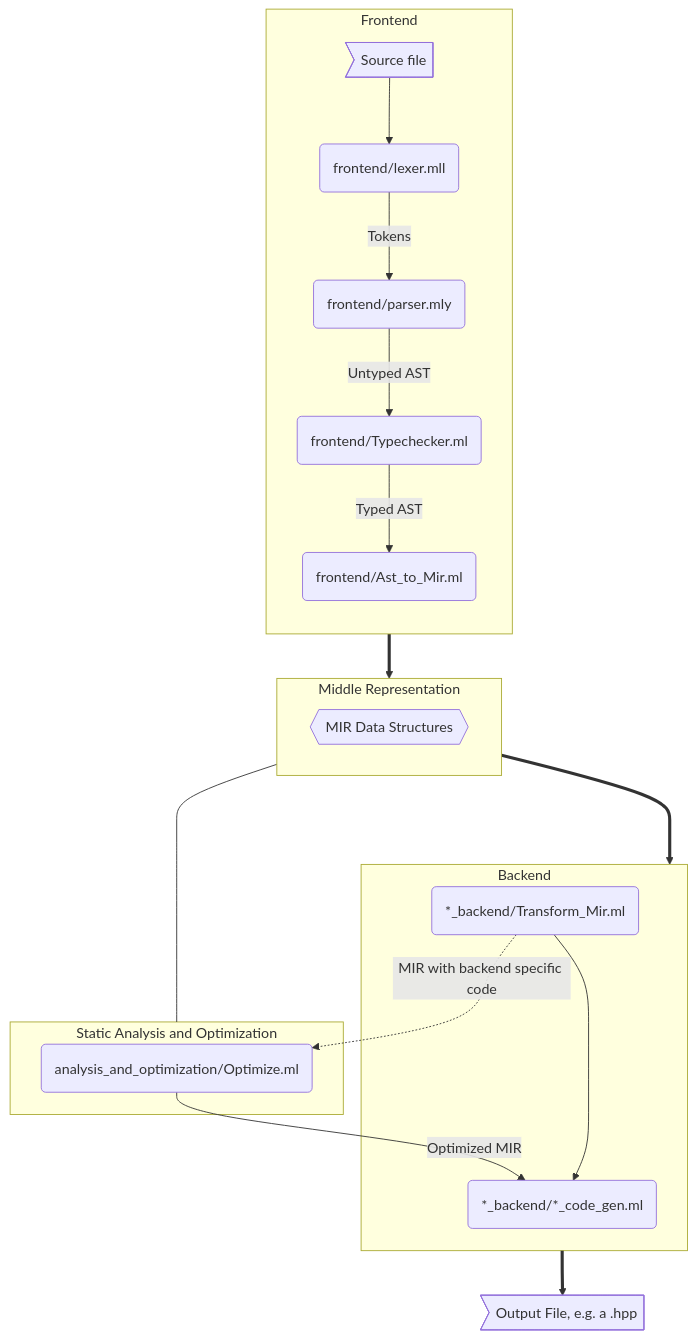
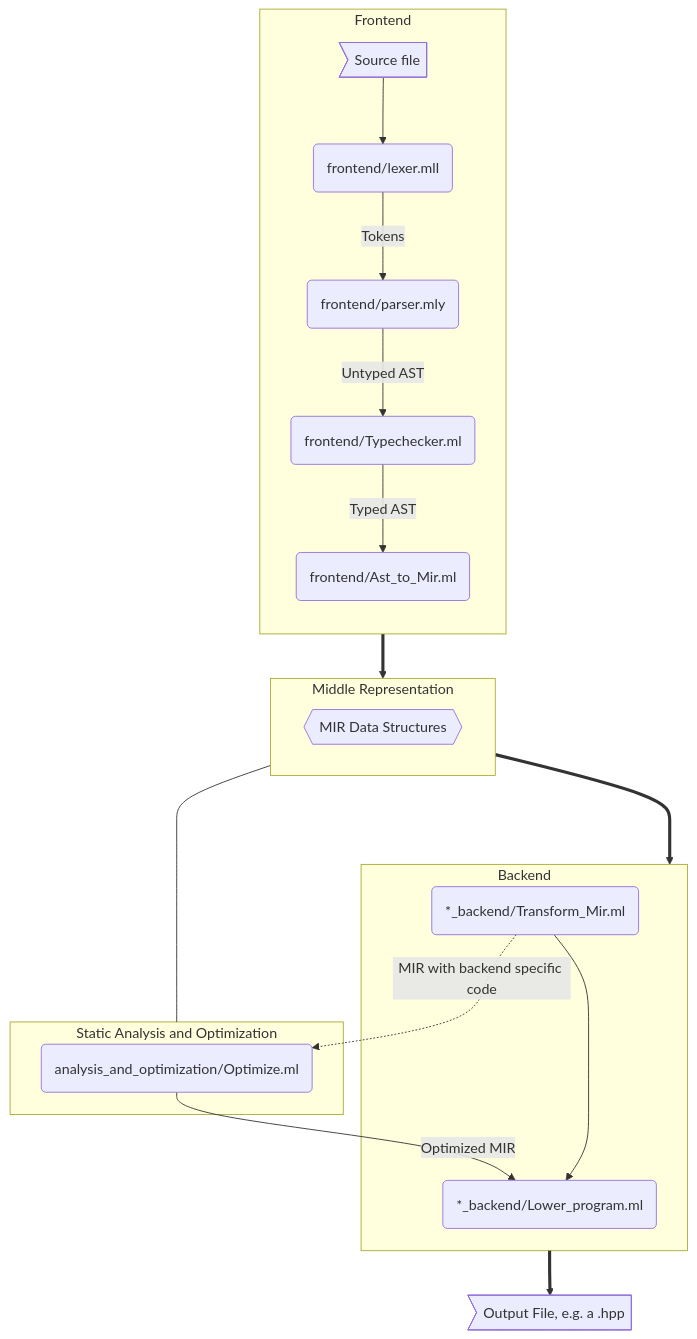
Before and after one commit to stan-dev/stanc3: the second of 2 diagrams in README.md, drawn with Mermaid.

Commit message:
Fix link in README

````diff
--- a/README.md
+++ b/README.md
@@ -46,48 +46,48 @@
 ```mermaid
 flowchart TB
 
     subgraph frontend[Frontend]
         direction TB
         infile>Source file]
         lexer(frontend/lexer.mll)
         parser(frontend/parser.mly)
         typecheck(frontend/Typechecker.ml)
         lower(frontend/Ast_to_Mir.ml)
 
         infile --> lexer -->|Tokens| parser
         parser -->|Untyped AST| typecheck -->|Typed AST| lower
     end
 
 
     subgraph middle[Middle Representation]
         data{{MIR Data Structures}}
     end
 
     subgraph analysis[Static Analysis and Optimization]
         optimize(analysis_and_optimization/Optimize.ml)
     end
 
     subgraph backend[Backend]
-        codegen(*_backend/*_code_gen.ml)
+        codegen(*_backend/Lower_program.ml)
         transform(*_backend/Transform_Mir.ml)
 
         transform -.->|MIR with backend specific code| optimize
         transform --> codegen
         optimize -->|Optimized MIR| codegen
     end
 
     outfile>Output File, e.g. a .hpp]
 
     middle --- analysis
     frontend ==> middle =====> backend ==> outfile
 
 
     click lexer "https://github.com/stan-dev/stanc3/blob/master/src/frontend/lexer.mll"
     click parser "https://github.com/stan-dev/stanc3/blob/master/src/frontend/parser.mly"
     click typecheck "https://github.com/stan-dev/stanc3/blob/master/src/frontend/Typechecker.ml"
     click lower "https://github.com/stan-dev/stanc3/blob/master/src/frontend/Ast_to_Mir.ml"
     click optimize "https://github.com/stan-dev/stanc3/blob/master/src/analysis_and_optimization/Optimize.ml"
     click data "https://github.com/stan-dev/stanc3/tree/master/src/middle"
-    click codegen "https://github.com/stan-dev/stanc3/blob/master/src/stan_math_backend/Stan_math_code_gen.ml"
+    click codegen "https://github.com/stan-dev/stanc3/blob/master/src/stan_math_backend/Lower_program.ml"
     click transform "https://github.com/stan-dev/stanc3/blob/master/src/stan_math_backend/Transform_Mir.ml"
 ```
````
